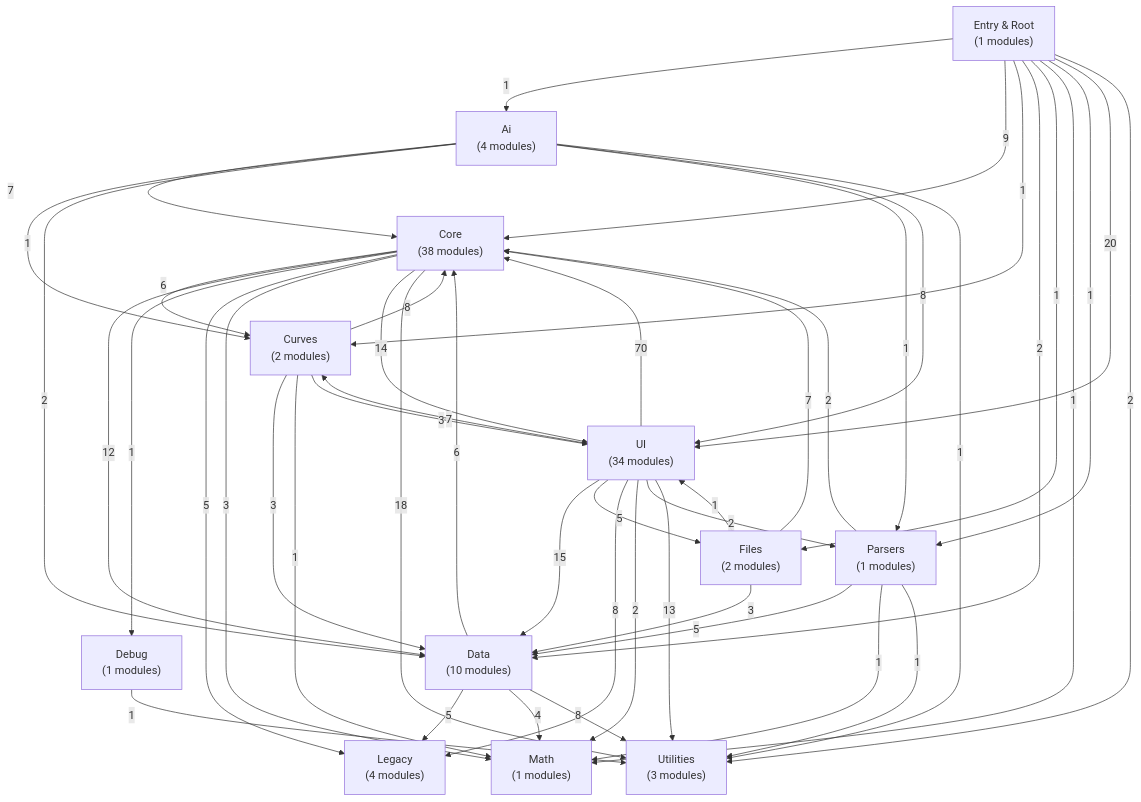
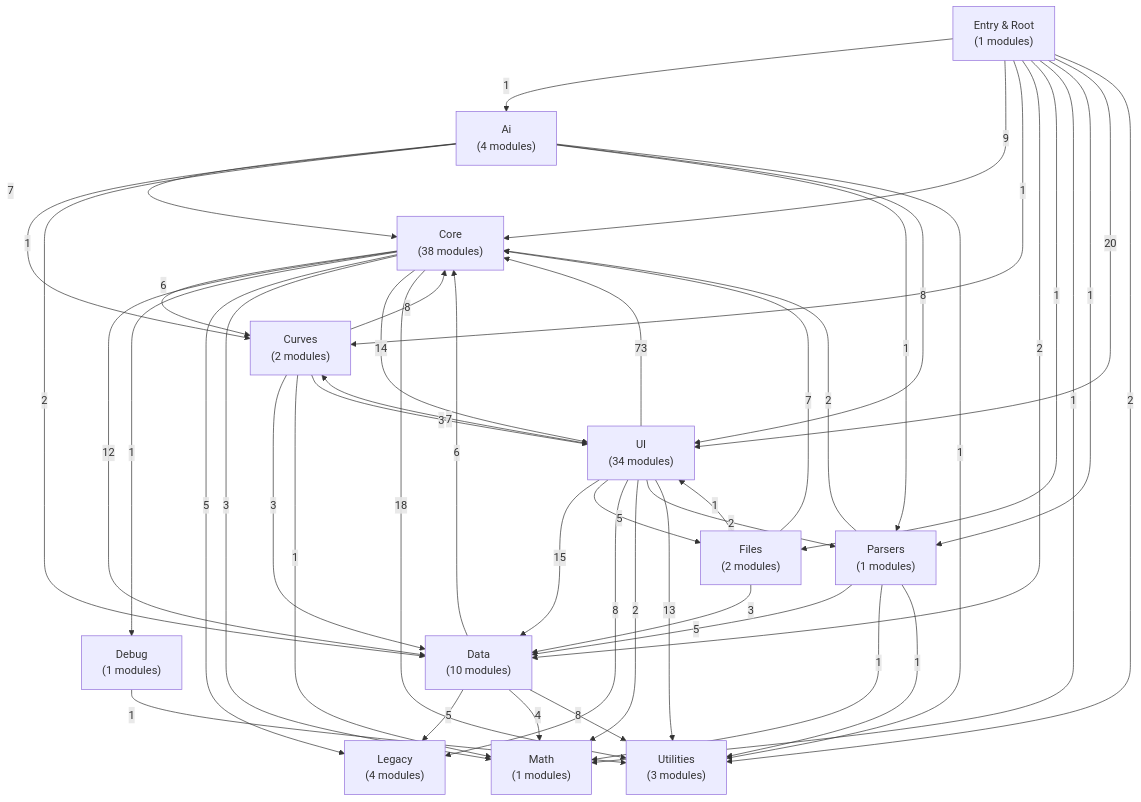
The diagram in docs/architecture-map.md (David-Marsh-Photo/quadGEN), drawn with Mermaid before and after one commit. The commit also changed other lines of this file and 12 other files, not shown here.

````diff
--- a/docs/architecture-map.md
+++ b/docs/architecture-map.md
@@ -7,61 +7,61 @@
 ```mermaid
 flowchart TD
   G_js_ai["Ai\n(4 modules)"]
   G_js_core["Core\n(38 modules)"]
   G_js_curves["Curves\n(2 modules)"]
   G_js_data["Data\n(10 modules)"]
   G_js_debug["Debug\n(1 modules)"]
   G_js_files["Files\n(2 modules)"]
   G_js_legacy["Legacy\n(4 modules)"]
   G_js_math["Math\n(1 modules)"]
   G_js_parsers["Parsers\n(1 modules)"]
   G_js_ui["UI\n(34 modules)"]
   G_js_utils["Utilities\n(3 modules)"]
   G_src["Entry & Root\n(1 modules)"]
   G_js_ai -->|7| G_js_core
   G_js_ai -->|1| G_js_curves
   G_js_ai -->|2| G_js_data
   G_js_ai -->|1| G_js_parsers
   G_js_ai -->|8| G_js_ui
   G_js_ai -->|1| G_js_utils
   G_js_core -->|6| G_js_curves
   G_js_core -->|12| G_js_data
   G_js_core -->|1| G_js_debug
   G_js_core -->|5| G_js_legacy
   G_js_core -->|3| G_js_math
   G_js_core -->|14| G_js_ui
   G_js_core -->|18| G_js_utils
   G_js_curves -->|8| G_js_core
   G_js_curves -->|3| G_js_data
   G_js_curves -->|1| G_js_math
   G_js_curves -->|3| G_js_ui
   G_js_data -->|6| G_js_core
   G_js_data -->|5| G_js_legacy
   G_js_data -->|4| G_js_math
   G_js_data -->|8| G_js_utils
   G_js_debug -->|1| G_js_utils
   G_js_files -->|7| G_js_core
   G_js_files -->|3| G_js_data
   G_js_files -->|1| G_js_ui
   G_js_parsers -->|2| G_js_core
   G_js_parsers -->|5| G_js_data
   G_js_parsers -->|1| G_js_math
   G_js_parsers -->|1| G_js_utils
-  G_js_ui -->|70| G_js_core
+  G_js_ui -->|73| G_js_core
   G_js_ui -->|7| G_js_curves
   G_js_ui -->|15| G_js_data
   G_js_ui -->|5| G_js_files
   G_js_ui -->|8| G_js_legacy
   G_js_ui -->|2| G_js_math
   G_js_ui -->|2| G_js_parsers
   G_js_ui -->|13| G_js_utils
   G_src -->|1| G_js_ai
   G_src -->|9| G_js_core
   G_src -->|1| G_js_curves
   G_src -->|2| G_js_data
   G_src -->|1| G_js_files
   G_src -->|1| G_js_math
   G_src -->|1| G_js_parsers
   G_src -->|20| G_js_ui
   G_src -->|2| G_js_utils
 ```
````
